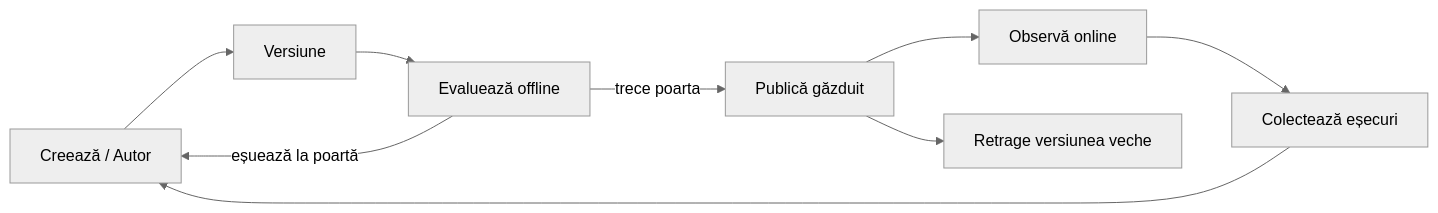
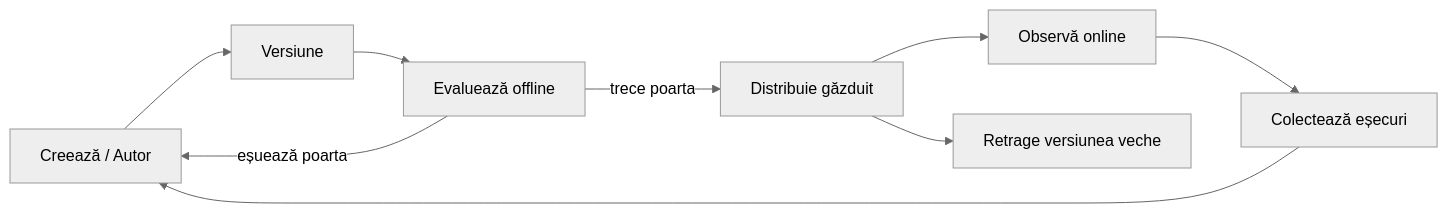
Before and after one commit to gabrielmoreira/agent-skills-mirror: the second of 4 diagrams in mirrors/repos/microsoft@ai-agents-for-beginners/translations/ro/16-deploying-scalable-agents/README.md, drawn with Mermaid (neutral theme). The commit also changed other lines of this file and 4262 other files, not shown here.

````diff
--- a/mirrors/repos/microsoft@ai-agents-for-beginners/translations/ro/16-deploying-scalable-agents/README.md
+++ b/mirrors/repos/microsoft@ai-agents-for-beginners/translations/ro/16-deploying-scalable-agents/README.md
@@ -108,11 +108,11 @@
 ```mermaid
 flowchart LR
     Create[Creează / Autor] --> Version[Versiune]
     Version --> Evaluate[Evaluează offline]
-    Evaluate -->|trece poarta| Deploy[Publică găzduit]
-    Evaluate -->|eșuează la poartă| Create
+    Evaluate -->|trece poarta| Deploy[Distribuie găzduit]
+    Evaluate -->|eșuează poarta| Create
     Deploy --> Observe[Observă online]
     Observe --> Improve[Colectează eșecuri]
     Improve --> Create
     Deploy --> Retire[Retrage versiunea veche]
 ```
````
